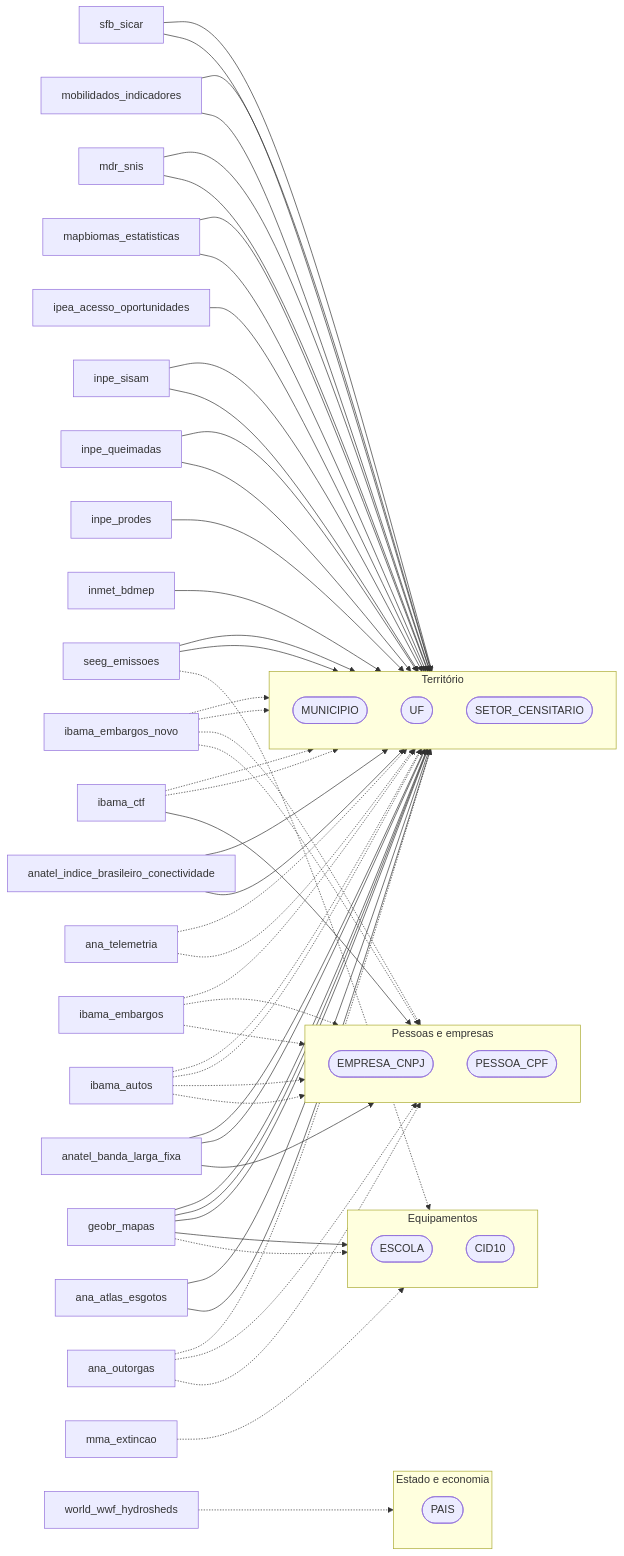
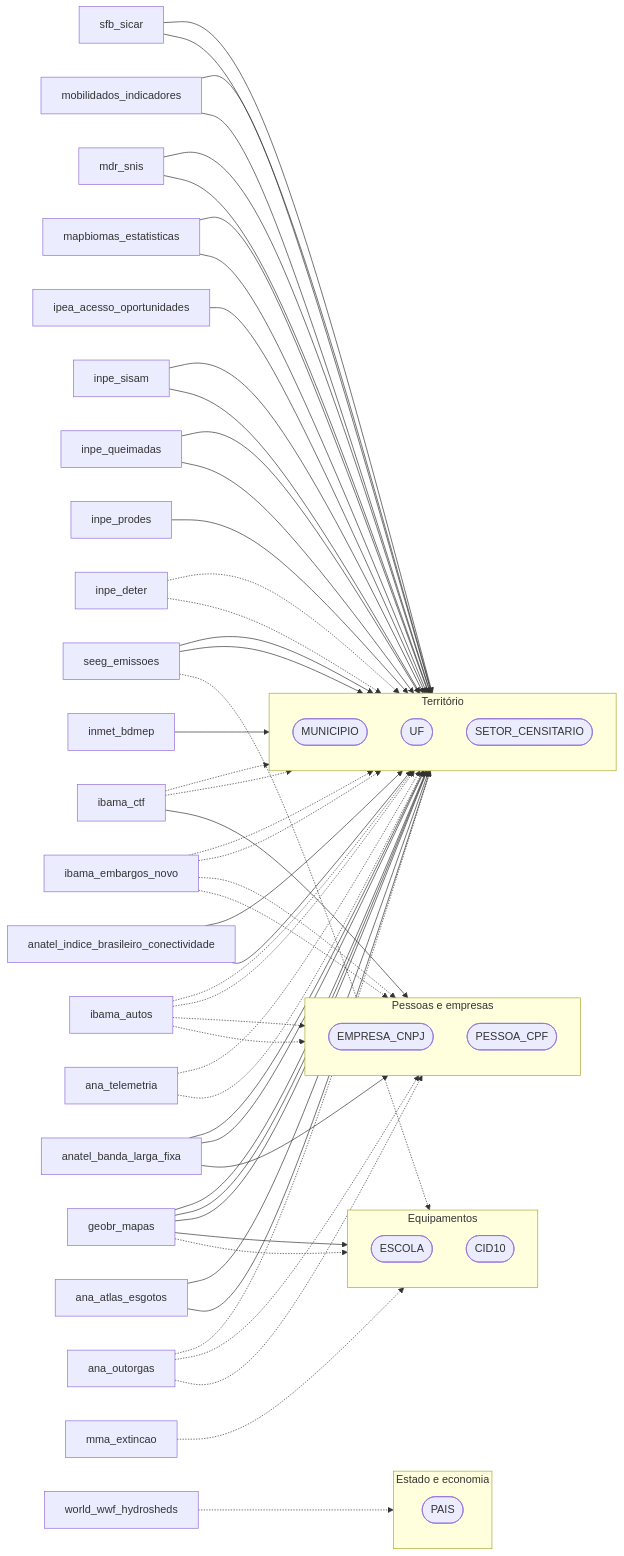
One commit to rafapolo/rodado changed the ninth of 12 diagrams in docs/Flow.md. Above: the diagram before and after it, drawn with Mermaid. The commit also changed other lines of this file and 4 other files, not shown here.

First line of the commit message:
docs: regenera Flow.md/Temas.md (226 datasets), remove benchmarks obsoletos

```diff
--- a/docs/Flow.md
+++ b/docs/Flow.md
@@ -768,9 +830,9 @@
     territorio_br_geobr_mapas["geobr_mapas"]
     territorio_br_ibama_autos["ibama_autos"]
     territorio_br_ibama_ctf["ibama_ctf"]
-    territorio_br_ibama_embargos["ibama_embargos"]
     territorio_br_ibama_embargos_novo["ibama_embargos_novo"]
     territorio_br_inmet_bdmep["inmet_bdmep"]
+    territorio_br_inpe_deter["inpe_deter"]
     territorio_br_inpe_prodes["inpe_prodes"]
     territorio_br_inpe_queimadas["inpe_queimadas"]
     territorio_br_inpe_sisam["inpe_sisam"]
@@ -826,14 +888,13 @@
     territorio_br_ibama_ctf --> territorio_EMPRESA_CNPJ
     territorio_br_ibama_ctf -.-> territorio_MUNICIPIO
     territorio_br_ibama_ctf -.-> territorio_UF
-    territorio_br_ibama_embargos -.-> territorio_EMPRESA_CNPJ
-    territorio_br_ibama_embargos -.-> territorio_MUNICIPIO
-    territorio_br_ibama_embargos -.-> territorio_PESSOA_CPF
     territorio_br_ibama_embargos_novo -.-> territorio_EMPRESA_CNPJ
     territorio_br_ibama_embargos_novo -.-> territorio_MUNICIPIO
     territorio_br_ibama_embargos_novo -.-> territorio_PESSOA_CPF
     territorio_br_ibama_embargos_novo -.-> territorio_UF
     territorio_br_inmet_bdmep --> territorio_MUNICIPIO
+    territorio_br_inpe_deter -.-> territorio_MUNICIPIO
+    territorio_br_inpe_deter -.-> territorio_UF
     territorio_br_inpe_prodes --> territorio_MUNICIPIO
     territorio_br_inpe_queimadas --> territorio_MUNICIPIO
     territorio_br_inpe_queimadas --> territorio_UF
```
